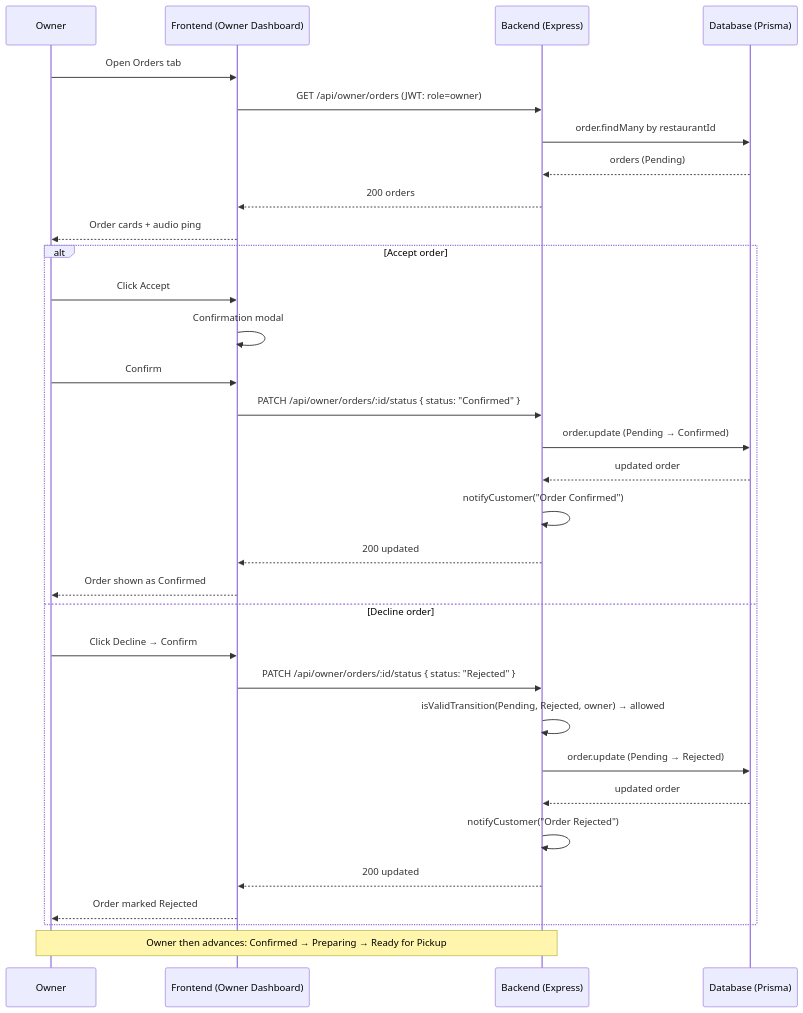
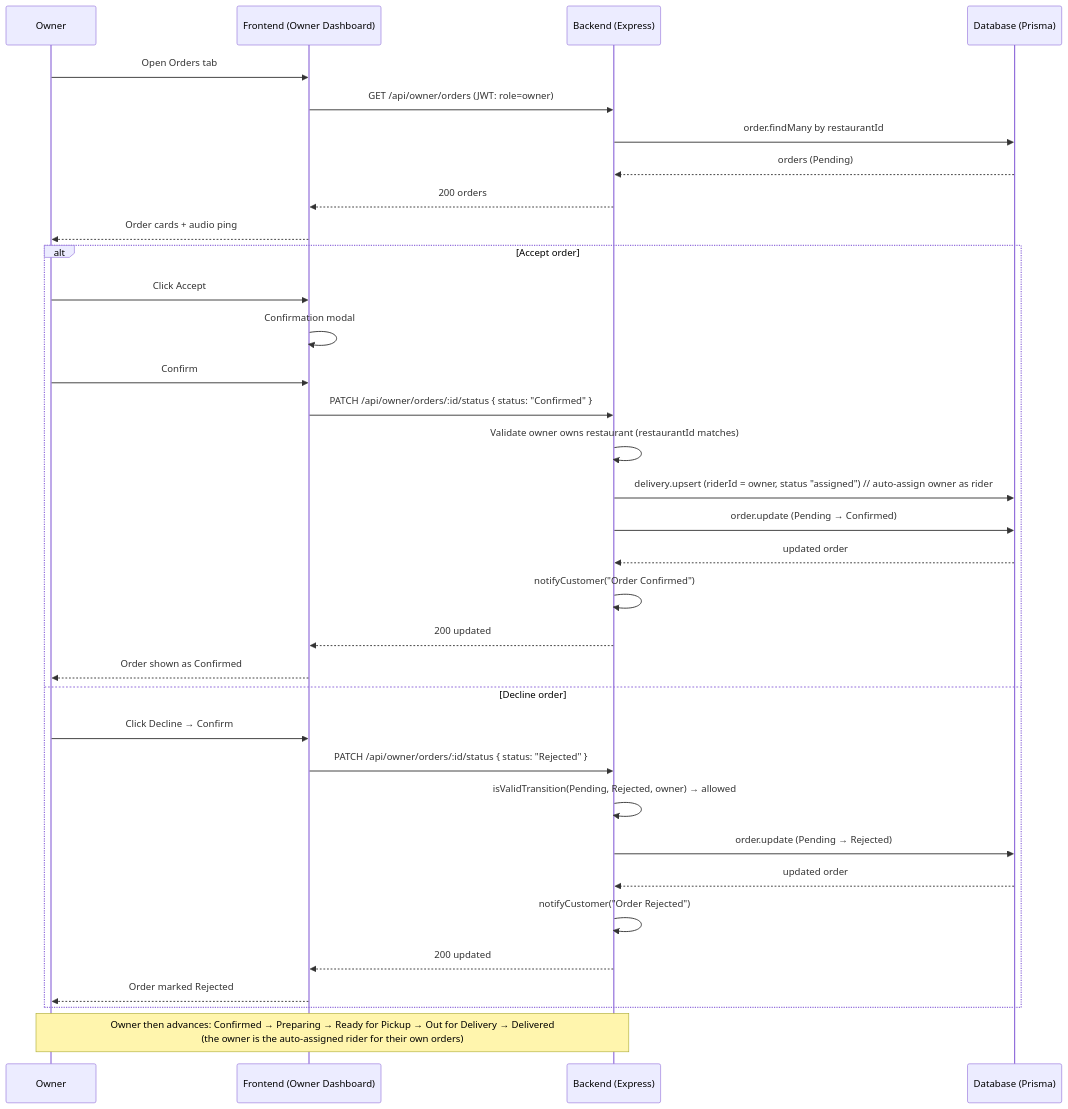
The fourth of 10 diagrams in SEQUENCE_DIAGRAMS.md (Saugatojha/food-delivery-frontend), drawn with Mermaid before and after one commit. The commit also changed other lines of this file and 2 other files, not shown here.

First line of the commit message:
Update docs for hardened flows and current test counts

````diff
--- a/SEQUENCE_DIAGRAMS.md
+++ b/SEQUENCE_DIAGRAMS.md
@@ -126,37 +126,39 @@
 ```mermaid
 sequenceDiagram
     participant O as Owner
     participant F as Frontend (Owner Dashboard)
     participant S as Backend (Express)
     participant D as Database (Prisma)
 
     O->>F: Open Orders tab
     F->>S: GET /api/owner/orders (JWT: role=owner)
     S->>D: order.findMany by restaurantId
     D-->>S: orders (Pending)
     S-->>F: 200 orders
     F-->>O: Order cards + audio ping
 
     alt Accept order
         O->>F: Click Accept
         F->>F: Confirmation modal
         O->>F: Confirm
         F->>S: PATCH /api/owner/orders/:id/status { status: "Confirmed" }
+        S->>S: Validate owner owns restaurant (restaurantId matches)
+        S->>D: delivery.upsert (riderId = owner, status "assigned")  // auto-assign owner as rider
         S->>D: order.update (Pending → Confirmed)
         D-->>S: updated order
         S->>S: notifyCustomer("Order Confirmed")
         S-->>F: 200 updated
         F-->>O: Order shown as Confirmed
     else Decline order
         O->>F: Click Decline → Confirm
         F->>S: PATCH /api/owner/orders/:id/status { status: "Rejected" }
         S->>S: isValidTransition(Pending, Rejected, owner) → allowed
         S->>D: order.update (Pending → Rejected)
         D-->>S: updated order
         S->>S: notifyCustomer("Order Rejected")
         S-->>F: 200 updated
         F-->>O: Order marked Rejected
     end
 
-    Note over O,S: Owner then advances: Confirmed → Preparing → Ready for Pickup
+    Note over O,S: Owner then advances: Confirmed → Preparing → Ready for Pickup → Out for Delivery → Delivered<br/>(the owner is the auto-assigned rider for their own orders)
 ```
````
